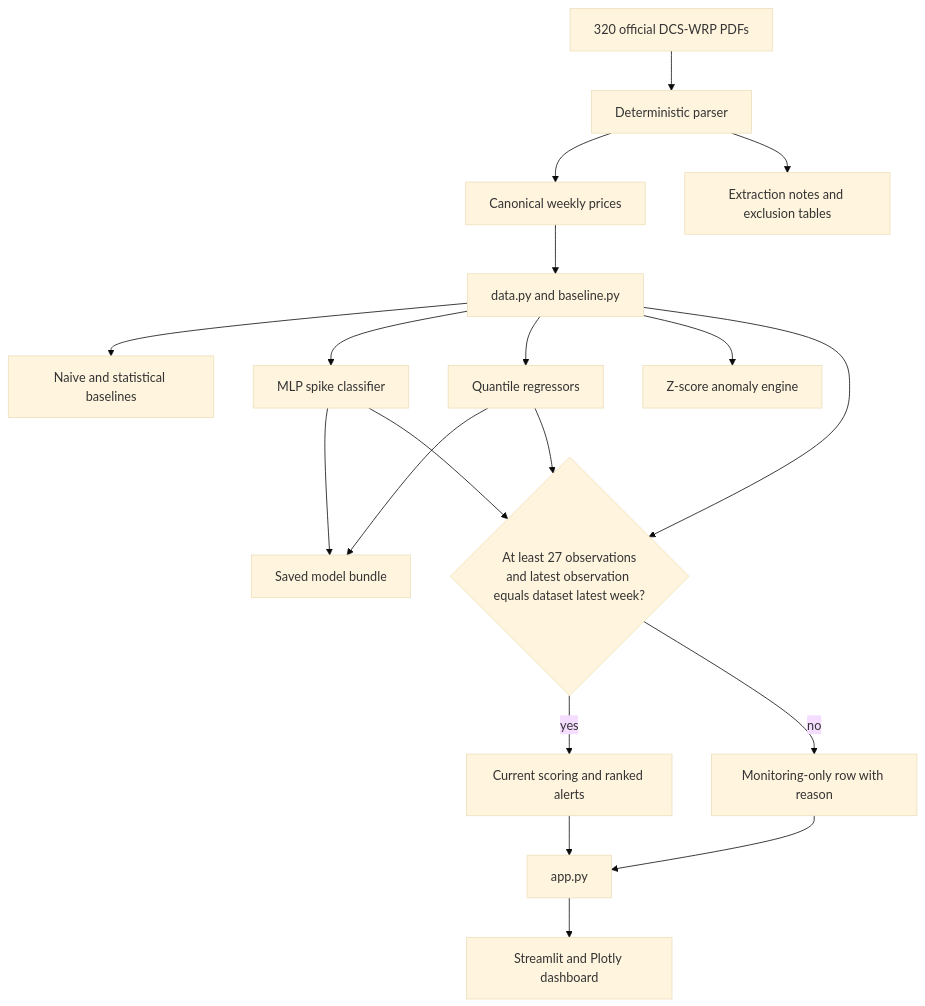
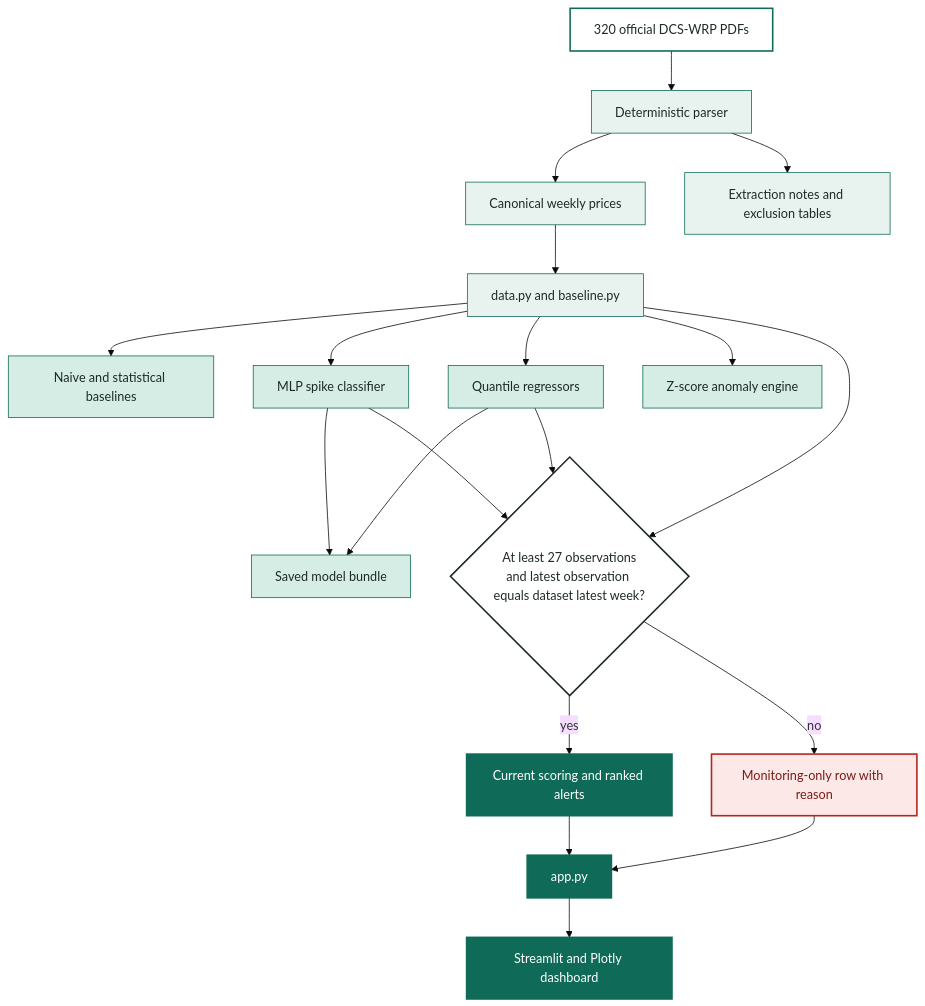
The diagram in docs/TECHNICAL_REPORT.md (CTRLD3FEAT/Co-Boost), drawn with Mermaid (base theme) before and after one commit. The commit also changed 1 other file, not shown here.

Commit message:
Apply Co-Boost colors to architecture diagrams

````diff
--- a/docs/TECHNICAL_REPORT.md
+++ b/docs/TECHNICAL_REPORT.md
@@ -17,21 +17,33 @@
 ```mermaid
 flowchart TD
     PDFs[320 official DCS-WRP PDFs] --> Parser[Deterministic parser]
     Parser --> Data[Canonical weekly prices]
     Parser --> Notes[Extraction notes and exclusion tables]
     Data --> Load[data.py and baseline.py]
     Load --> Base[Naive and statistical baselines]
     Load --> Spike[MLP spike classifier]
     Load --> Quant[Quantile regressors]
     Load --> Anomaly[Z-score anomaly engine]
     Spike --> Bundle[Saved model bundle]
     Quant --> Bundle
     Load --> Gate{At least 27 observations\nand latest observation equals dataset latest week?}
     Spike --> Gate
     Quant --> Gate
     Gate -->|yes| Alerts[Current scoring and ranked alerts]
     Gate -->|no| Monitor[Monitoring-only row with reason]
     Alerts --> App[app.py]
     Monitor --> App
     App --> UI[Streamlit and Plotly dashboard]
+    classDef source fill:#FFFFFF,stroke:#0F6B57,color:#1F2A27,stroke-width:2px;
+    classDef process fill:#E8F3EF,stroke:#0F6B57,color:#1F2A27;
+    classDef model fill:#D5EDE5,stroke:#0F6B57,color:#1F2A27;
+    classDef decision fill:#FFFFFF,stroke:#1F2A27,color:#1F2A27,stroke-width:2px;
+    classDef output fill:#0F6B57,stroke:#0F6B57,color:#FFFFFF,stroke-width:2px;
+    classDef warning fill:#FCE8E6,stroke:#B3261E,color:#7A1B16,stroke-width:2px;
+    class PDFs source;
+    class Parser,Data,Notes,Load process;
+    class Base,Spike,Quant,Anomaly,Bundle model;
+    class Gate decision;
+    class Alerts,App,UI output;
+    class Monitor warning;
 ```
````
